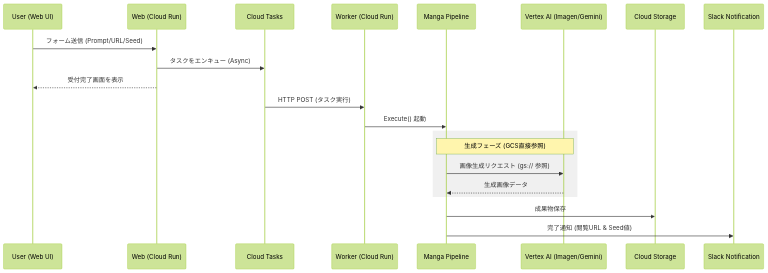
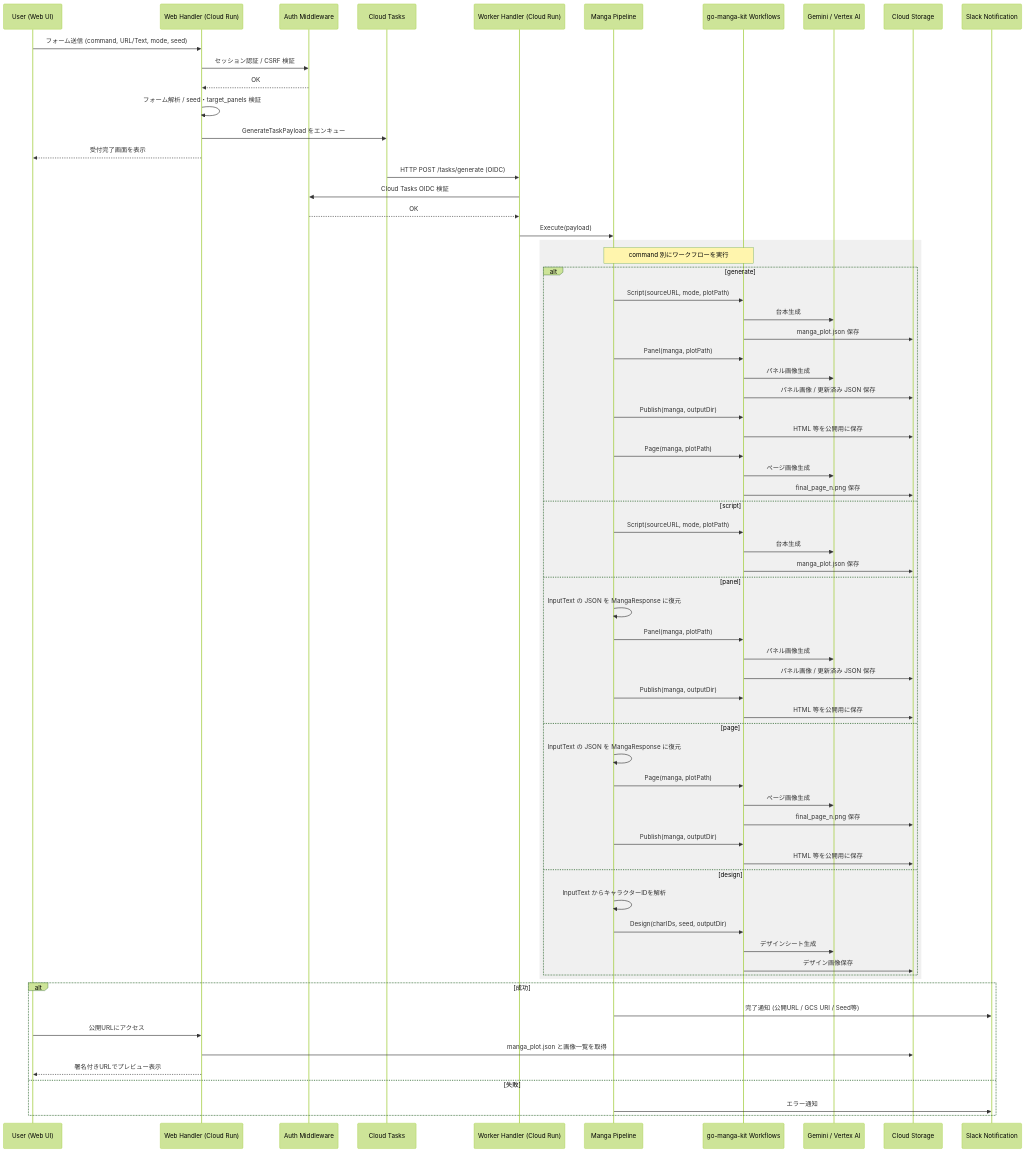
The diagram in README.md (shouni/ap-manga-web), drawn with Mermaid (forest theme) before and after one commit.

Commit message:
Update README sequence diagram to reflect enhanced workflows and authentication steps

````diff
--- a/README.md
+++ b/README.md
@@ -94,27 +94,75 @@
 ```mermaid
 sequenceDiagram
-    participant User as User (Web UI)
-    participant Web as Web (Cloud Run)
-    participant Queue as Cloud Tasks
-    participant Worker as Worker (Cloud Run)
-    participant Pipeline as Manga Pipeline
-    participant VertexAI as Vertex AI (Imagen/Gemini)
-    participant GCS as Cloud Storage
-    participant Slack as Slack Notification
+   participant User as User (Web UI)
+   participant Web as Web Handler (Cloud Run)
+   participant Auth as Auth Middleware
+   participant Queue as Cloud Tasks
+   participant Worker as Worker Handler (Cloud Run)
+   participant Pipeline as Manga Pipeline
+   participant Workflows as go-manga-kit Workflows
+   participant AI as Gemini / Vertex AI
+   participant GCS as Cloud Storage
+   participant Slack as Slack Notification
 
-    User->>Web: フォーム送信 (Prompt/URL/Seed)
-    Web->>Queue: タスクをエンキュー (Async)
-    Web-->>User: 受付完了画面を表示
-    
-    Queue->>Worker: HTTP POST (タスク実行)
-    Worker->>Pipeline: Execute() 起動
-    
-    rect rgb(240, 240, 240)
-        Note over Pipeline, VertexAI: 生成フェーズ (GCS直接参照)
-        Pipeline->>VertexAI: 画像生成リクエスト (gs:// 参照)
-        VertexAI-->>Pipeline: 生成画像データ
-    end
-    
-    Pipeline->>GCS: 成果物保存
-    Pipeline->>Slack: 完了通知 (閲覧URL & Seed値)
+   User->>Web: フォーム送信 (command, URL/Text, mode, seed)
+   Web->>Auth: セッション認証 / CSRF 検証
+   Auth-->>Web: OK
+   Web->>Web: フォーム解析 / seed・target_panels 検証
+   Web->>Queue: GenerateTaskPayload をエンキュー
+   Web-->>User: 受付完了画面を表示
+
+   Queue->>Worker: HTTP POST /tasks/generate (OIDC)
+   Worker->>Auth: Cloud Tasks OIDC 検証
+   Auth-->>Worker: OK
+   Worker->>Pipeline: Execute(payload)
+
+   rect rgb(240, 240, 240)
+      Note over Pipeline, Workflows: command 別にワークフローを実行
+
+      alt generate
+         Pipeline->>Workflows: Script(sourceURL, mode, plotPath)
+         Workflows->>AI: 台本生成
+         Workflows->>GCS: manga_plot.json 保存
+         Pipeline->>Workflows: Panel(manga, plotPath)
+         Workflows->>AI: パネル画像生成
+         Workflows->>GCS: パネル画像 / 更新済み JSON 保存
+         Pipeline->>Workflows: Publish(manga, outputDir)
+         Workflows->>GCS: HTML 等を公開用に保存
+         Pipeline->>Workflows: Page(manga, plotPath)
+         Workflows->>AI: ページ画像生成
+         Workflows->>GCS: final_page_n.png 保存
+      else script
+         Pipeline->>Workflows: Script(sourceURL, mode, plotPath)
+         Workflows->>AI: 台本生成
+         Workflows->>GCS: manga_plot.json 保存
+      else panel
+         Pipeline->>Pipeline: InputText の JSON を MangaResponse に復元
+         Pipeline->>Workflows: Panel(manga, plotPath)
+         Workflows->>AI: パネル画像生成
+         Workflows->>GCS: パネル画像 / 更新済み JSON 保存
+         Pipeline->>Workflows: Publish(manga, outputDir)
+         Workflows->>GCS: HTML 等を公開用に保存
+      else page
+         Pipeline->>Pipeline: InputText の JSON を MangaResponse に復元
+         Pipeline->>Workflows: Page(manga, plotPath)
+         Workflows->>AI: ページ画像生成
+         Workflows->>GCS: final_page_n.png 保存
+         Pipeline->>Workflows: Publish(manga, outputDir)
+         Workflows->>GCS: HTML 等を公開用に保存
+      else design
+         Pipeline->>Pipeline: InputText からキャラクターIDを解析
+         Pipeline->>Workflows: Design(charIDs, seed, outputDir)
+         Workflows->>AI: デザインシート生成
+         Workflows->>GCS: デザイン画像保存
+      end
+   end
+
+   alt 成功
+      Pipeline->>Slack: 完了通知 (公開URL / GCS URI / Seed等)
+      User->>Web: 公開URLにアクセス
+      Web->>GCS: manga_plot.json と画像一覧を取得
+      Web-->>User: 署名付きURLでプレビュー表示
+   else 失敗
+      Pipeline->>Slack: エラー通知
+   end
 ```
````
